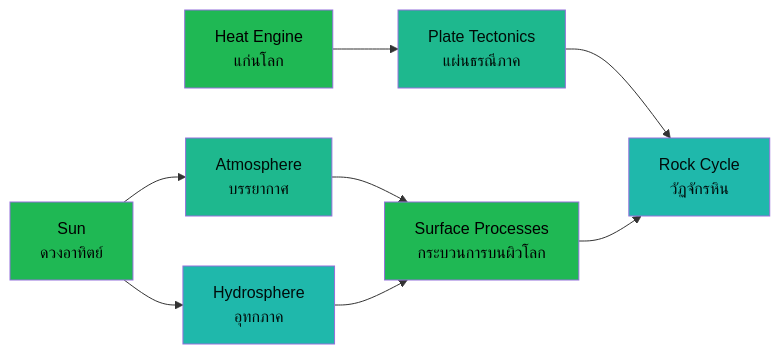
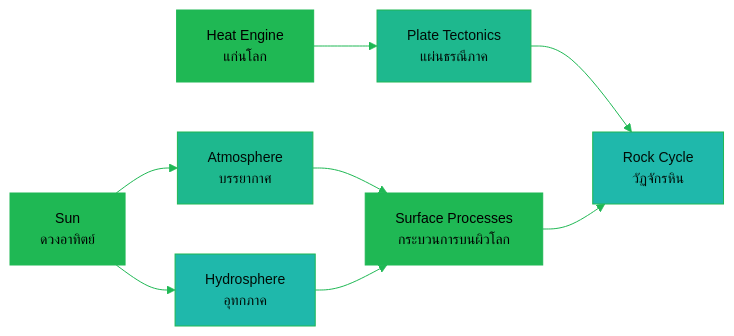
The diagram in Science/Cheat_Sheet/04_Earth_Science_Systems_and_Cycles.md (oat431/general-knowledge), drawn with Mermaid before and after one commit. The commit also changed other lines of this file and 113 other files, not shown here.

````diff
--- a/Science/Cheat_Sheet/04_Earth_Science_Systems_and_Cycles.md
+++ b/Science/Cheat_Sheet/04_Earth_Science_Systems_and_Cycles.md
@@ -26,18 +26,19 @@
 ```mermaid
+%%{init: {'theme':'base','themeVariables':{'primaryColor':'#19362D','primaryTextColor':'#CDD3D1','primaryBorderColor':'#1FB854','lineColor':'#1FB854','background':'#1B1717','mainBkg':'#19362D','clusterBkg':'#161212','edgeLabelBackground':'#161212','titleColor':'#1FB854','fontSize':'14px'}}}%%
 flowchart LR
     CORE["Heat Engine<br/>แก่นโลก"] --> PLATES["Plate Tectonics<br/>แผ่นธรณีภาค"]
     PLATES --> ROCKS["Rock Cycle<br/>วัฏจักรหิน"]
     SUN["Sun<br/>ดวงอาทิตย์"] --> ATMO["Atmosphere<br/>บรรยากาศ"]
     SUN --> HYDRO["Hydrosphere<br/>อุทกภาค"]
     ATMO --> SURFACE["Surface Processes<br/>กระบวนการบนผิวโลก"]
     HYDRO --> SURFACE
     SURFACE --> ROCKS
 
     style CORE fill:#1FB854,color:#000000
     style PLATES fill:#1EB88E,color:#000C07
-    style ROCKS fill:#1FB8AB,color:#010C0B
+    style ROCKS fill:#1FB8AB,color:#000C07
     style SUN fill:#1FB854,color:#000000
     style ATMO fill:#1EB88E,color:#000C07
-    style HYDRO fill:#1FB8AB,color:#010C0B
+    style HYDRO fill:#1FB8AB,color:#000C07
     style SURFACE fill:#1FB854,color:#000000
 ```
````
